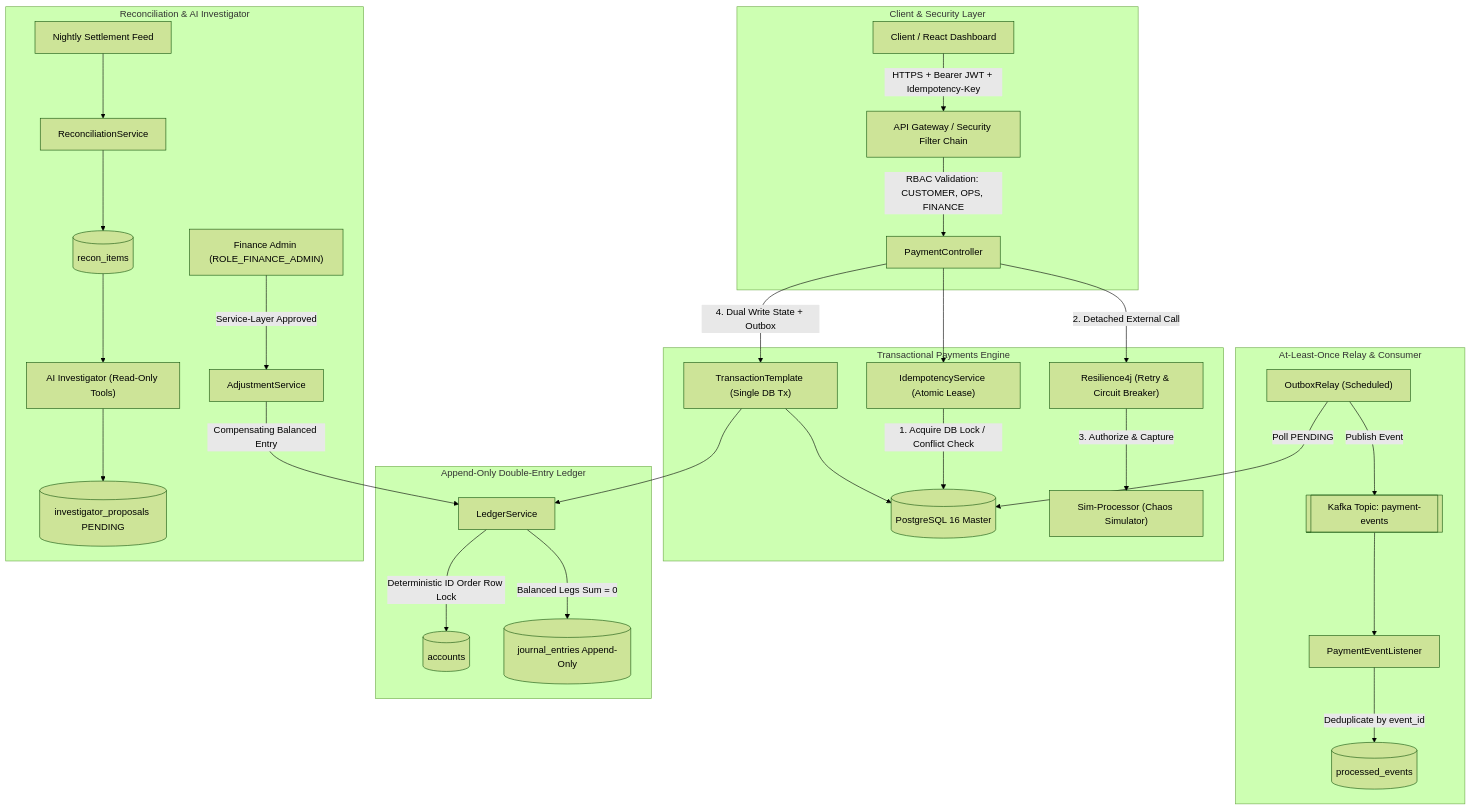
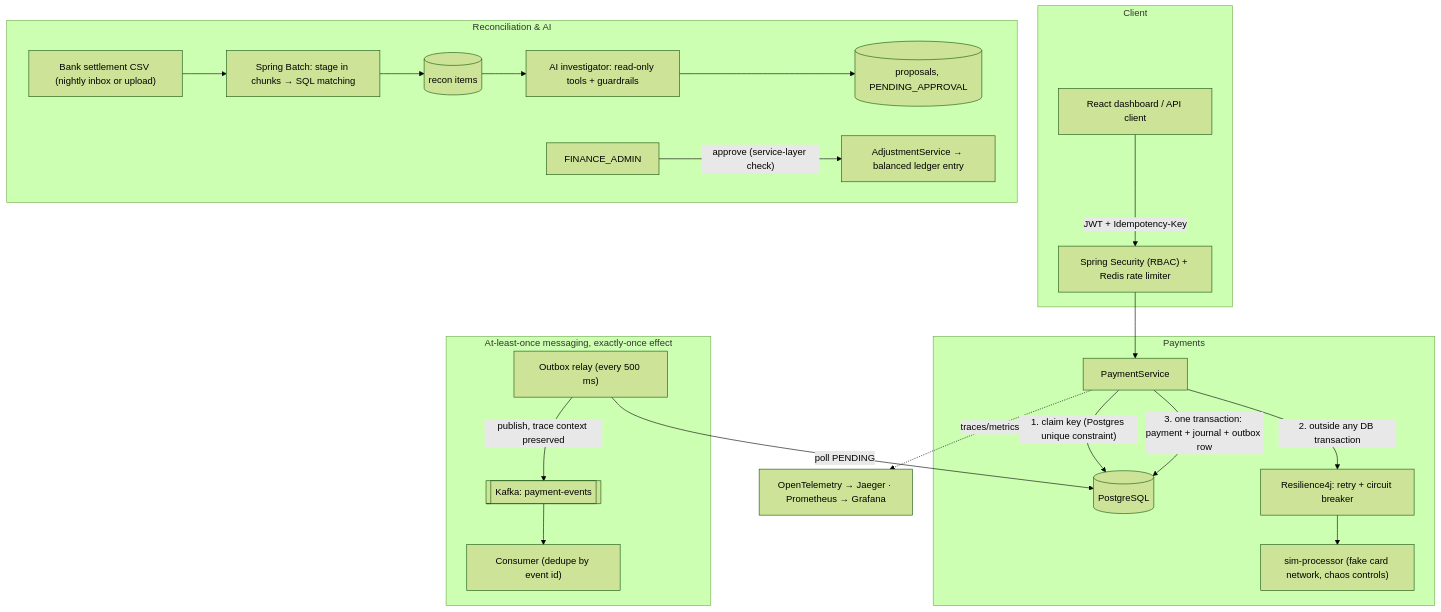
Before and after one commit to harishsureshdev/ledgerflow: the diagram in README.md, drawn with Mermaid (forest theme). The commit also changed other lines of this file and 1 other file, not shown here.

````diff
--- a/README.md
+++ b/README.md
@@ -46,40 +44,30 @@
 ```mermaid
 flowchart TD
-    subgraph ClientLayer ["Client & Security Layer"]
-        User["Client / React Dashboard"] -->|HTTPS + Bearer JWT + Idempotency-Key| Gateway["API Gateway / Security Filter Chain"]
-        Gateway -->|RBAC Validation: CUSTOMER, OPS, FINANCE| PaymentCtrl["PaymentController"]
+    subgraph Client["Client"]
+        UI["React dashboard / API client"] -->|"JWT + Idempotency-Key"| SEC["Spring Security (RBAC) + Redis rate limiter"]
     end
 
-    subgraph CoreEngine ["Transactional Payments Engine"]
-        PaymentCtrl --> IdempSvc["IdempotencyService (Atomic Lease)"]
-        IdempSvc -->|1. Acquire DB Lock / Conflict Check| PostgresDB[(PostgreSQL 16 Master)]
-        
-        PaymentCtrl -->|2. Detached External Call| Resilience["Resilience4j (Retry & Circuit Breaker)"]
-        Resilience -->|3. Authorize & Capture| SimProcessor["Sim-Processor (Chaos Simulator)"]
-        
-        PaymentCtrl -->|4. Dual Write State + Outbox| TxTemplate["TransactionTemplate (Single DB Tx)"]
-        TxTemplate --> PostgresDB
+    subgraph Payments["Payments"]
+        SEC --> PAY["PaymentService"]
+        PAY -->|"1. claim key (Postgres unique constraint)"| PG[(PostgreSQL)]
+        PAY -->|"2. outside any DB transaction"| R4J["Resilience4j: retry + circuit breaker"]
+        R4J --> PROC["sim-processor (fake card network, chaos controls)"]
+        PAY -->|"3. one transaction: payment + journal + outbox row"| PG
     end
 
-    subgraph MessagingLayer ["At-Least-Once Relay & Consumer"]
-        OutboxRelay["OutboxRelay (Scheduled)"] -->|Poll PENDING| PostgresDB
-        OutboxRelay -->|Publish Event| KafkaCluster[["Kafka Topic: payment-events"]]
-        KafkaCluster --> Consumer["PaymentEventListener"]
-        Consumer -->|Deduplicate by event_id| DedupeTable[(processed_events)]
+    subgraph Messaging["At-least-once messaging, exactly-once effect"]
+        RELAY["Outbox relay (every 500 ms)"] -->|"poll PENDING"| PG
+        RELAY -->|"publish, trace context preserved"| K[["Kafka: payment-events"]]
+        K --> CONS["Consumer (dedupe by event id)"]
     end
 
-    subgraph LedgerModule ["Append-Only Double-Entry Ledger"]
-        TxTemplate --> LedgerSvc["LedgerService"]
-        LedgerSvc -->|Deterministic ID Order Row Lock| AccountsTable[(accounts)]
-        LedgerSvc -->|Balanced Legs Sum = 0| JournalEntries[(journal_entries Append-Only)]
+    subgraph Recon["Reconciliation & AI"]
+        FILE["Bank settlement CSV (nightly inbox or upload)"] --> BATCH["Spring Batch: stage in chunks → SQL matching"]
+        BATCH --> ITEMS[(recon items)]
+        ITEMS --> AI["AI investigator: read-only tools + guardrails"]
+        AI --> PROP[(proposals, PENDING_APPROVAL)]
+        FIN["FINANCE_ADMIN"] -->|"approve (service-layer check)"| ADJ["AdjustmentService → balanced ledger entry"]
     end
 
-    subgraph ReconAI ["Reconciliation & AI Investigator"]
-        BankFeed["Nightly Settlement Feed"] --> ReconSvc["ReconciliationService"]
-        ReconSvc --> Discrepancies[(recon_items)]
-        Discrepancies --> AIInvestigator["AI Investigator (Read-Only Tools)"]
-        AIInvestigator --> Proposal[(investigator_proposals PENDING)]
-        Admin["Finance Admin (ROLE_FINANCE_ADMIN)"] -->|Service-Layer Approved| AdjSvc["AdjustmentService"]
-        AdjSvc -->|Compensating Balanced Entry| LedgerSvc
-    end
+    PAY -. traces/metrics .-> OBS["OpenTelemetry → Jaeger · Prometheus → Grafana"]
 ```
````
